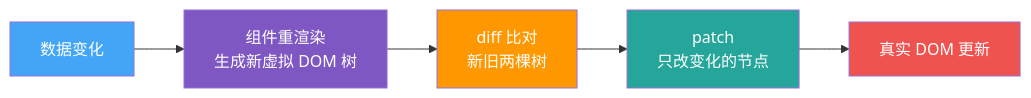
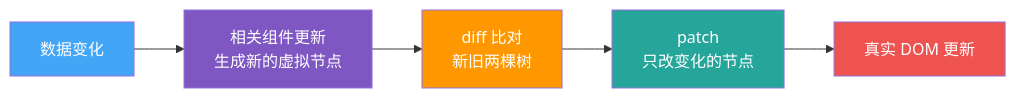
One commit to weng235/weng235.github.io changed the first of 3 diagrams in _posts/2026-07-16-virtual-dom.md. Above: the diagram before and after it, drawn with Mermaid. The commit also changed other lines of this file and 4 other files, not shown here.

````diff
--- a/_posts/2026-07-16-virtual-dom.md
+++ b/_posts/2026-07-16-virtual-dom.md
@@ -44,13 +45,13 @@
 ```mermaid
 graph LR
-    A[数据变化] --> B[组件重渲染<br/>生成新虚拟 DOM 树]
+    A[数据变化] --> B[相关组件更新<br/>生成新的虚拟节点]
     B --> C[diff 比对<br/>新旧两棵树]
     C --> D[patch<br/>只改变化的节点]
     D --> E[真实 DOM 更新]
 
     style A fill:#42A5F5,color:#fff
     style B fill:#7E57C2,color:#fff
     style C fill:#FF9800,color:#fff
     style D fill:#26A69A,color:#fff
     style E fill:#EF5350,color:#fff
 ```
````
